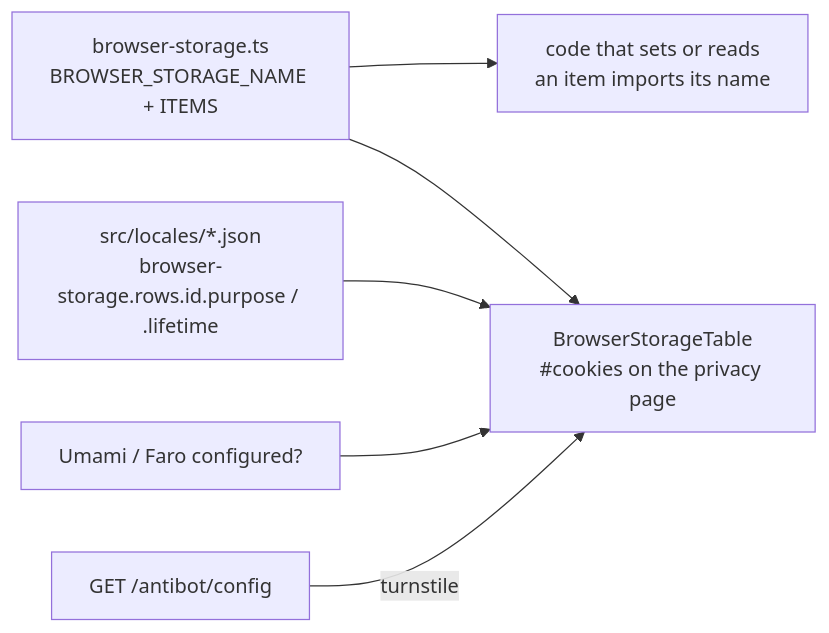
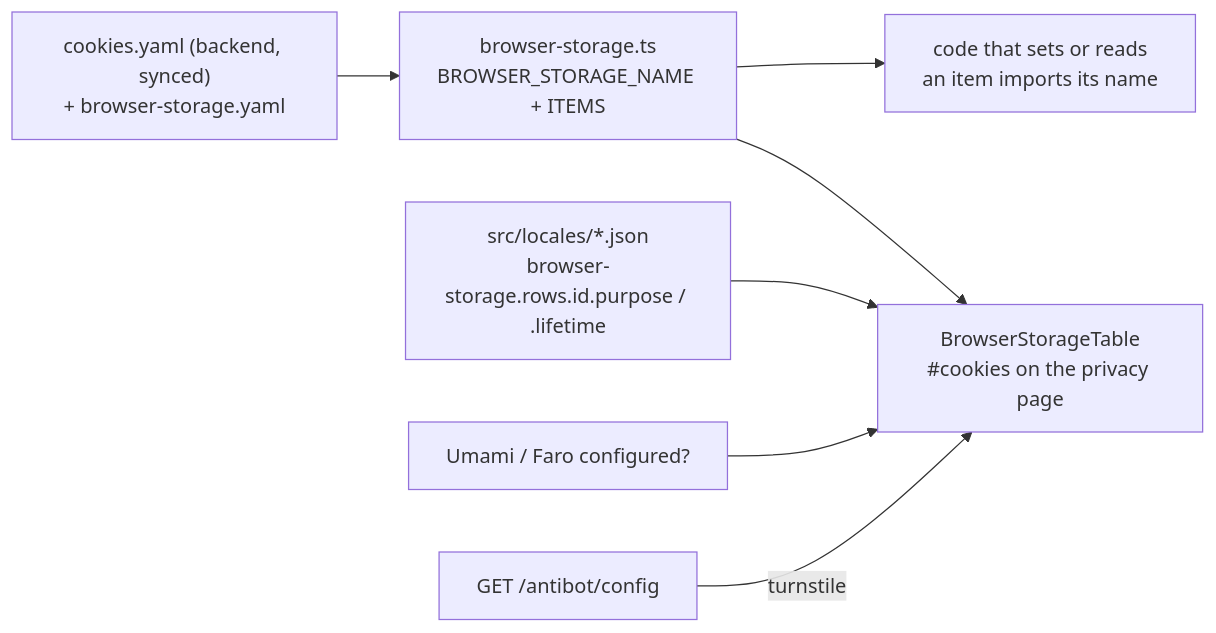
Before and after one commit to Guebbit/boilerplate-vue-frontend: the diagram in docs/tools/browser-storage.md, drawn with Mermaid. The commit also changed other lines of this file and 34 other files, not shown here.

First line of the commit message:
feat(shared-rules): generate browser storage, pages, tours and screens from YAML

````diff
--- a/docs/tools/browser-storage.md
+++ b/docs/tools/browser-storage.md
@@ -10,8 +12,9 @@
 ```mermaid
 flowchart LR
-    List["browser-storage.ts\nBROWSER_STORAGE_NAME + ITEMS"] --> Code["code that sets or reads\nan item imports its name"]
+    Data["cookies.yaml (backend, synced)\n+ browser-storage.yaml"] --> List["browser-storage.ts\nBROWSER_STORAGE_NAME + ITEMS"]
+    List --> Code["code that sets or reads\nan item imports its name"]
     List --> Table["BrowserStorageTable\n#cookies on the privacy page"]
     Locales["src/locales/*.json\nbrowser-storage.rows.id.purpose / .lifetime"] --> Table
     Config["Umami / Faro configured?"] --> Table
     Antibot["GET /antibot/config"] -->|turnstile| Table
 ```
````
